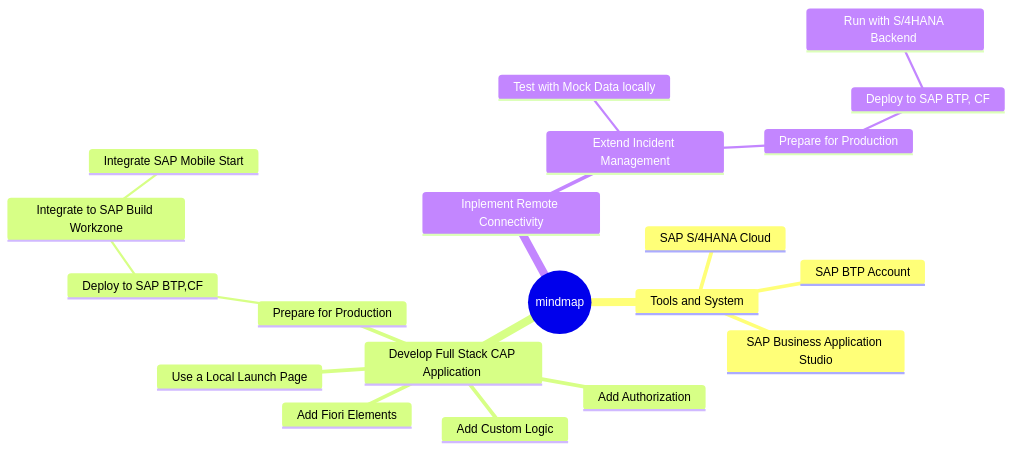
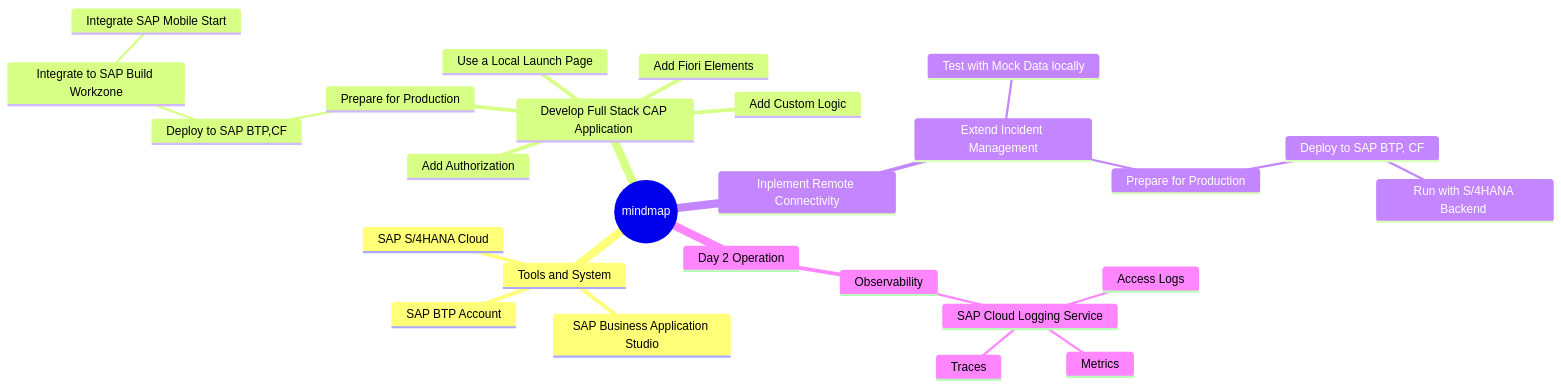
The first of 4 diagrams in README.md (ejazsyed/validation-issue), drawn with Mermaid before and after one commit.

````diff
--- a/README.md
+++ b/README.md
@@ -7,24 +7,31 @@
 ```mermaid
    mindmap
   root((mindmap))
     Tools and System
       SAP Business Application Studio
       SAP S/4HANA Cloud
       SAP BTP Account
     Develop Full Stack CAP Application 
       Add Custom Logic
       Add Fiori Elements
       Use a Local Launch Page
       Add Authorization
       Prepare for Production
         Deploy to SAP BTP,CF
           Integrate to SAP Build Workzone
             Integrate SAP Mobile Start
     Inplement Remote Connectivity
       Extend Incident Management
         Test with Mock Data locally
         Prepare for Production
           Deploy to SAP BTP, CF
             Run with S/4HANA Backend 
+    Day 2 Operation
+      Observability
+        SAP Cloud Logging Service
+          Access Logs
+          Metrics
+          Traces
+
 
 ```
````
